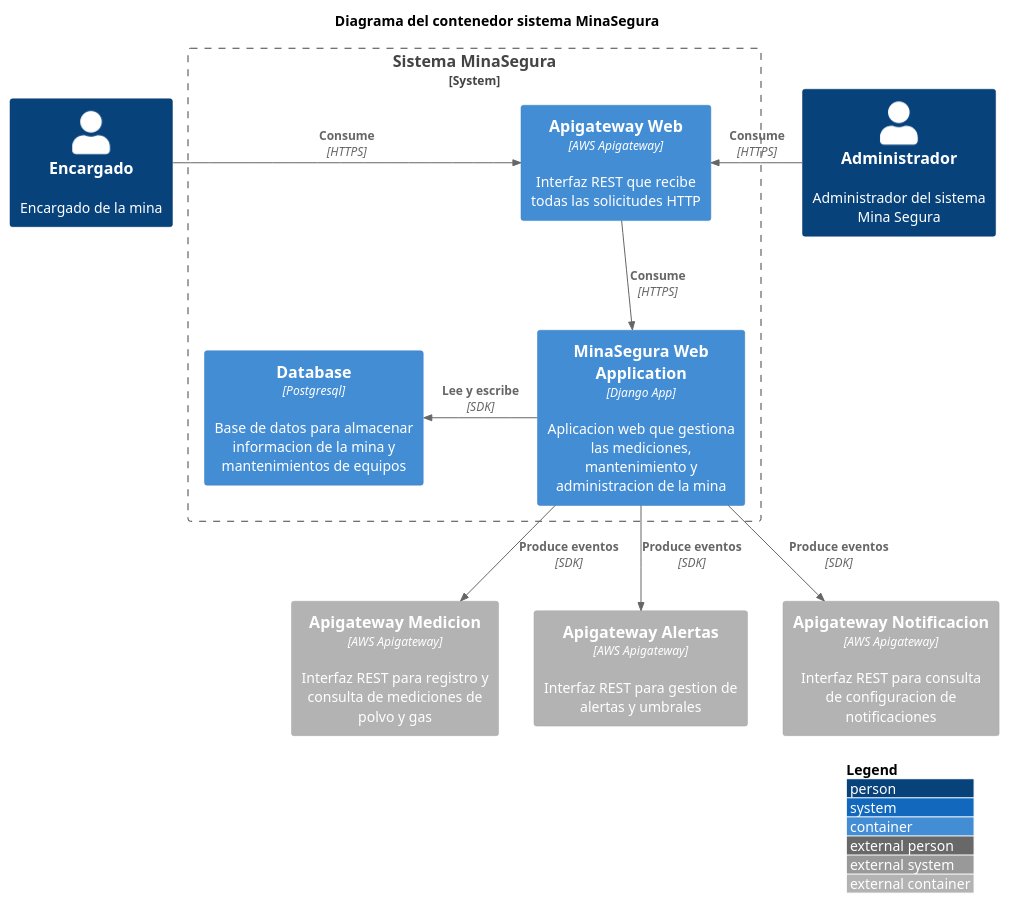
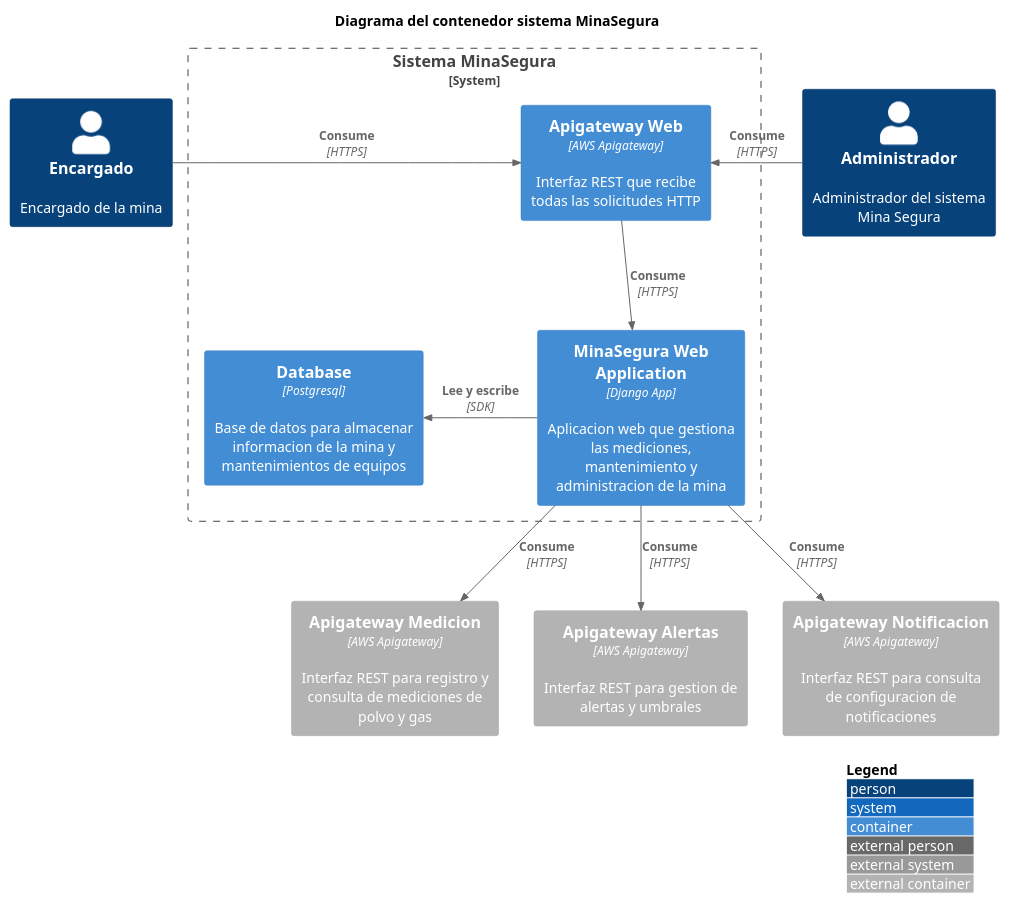
The diagram in MinaSegura/src/c4/minasegura_container_web.puml (minaseguraapp/plant_uml_tesis), drawn with PlantUML before and after one commit. The commit also changed 12 other files, not shown here.

Commit message:
added new sequence diagrams

```diff
--- a/MinaSegura/src/c4/minasegura_container_web.puml
+++ b/MinaSegura/src/c4/minasegura_container_web.puml
@@ -1,28 +1,28 @@
 @startuml minasegura_container_web
 !include <C4/C4_Container>
 
 LAYOUT_WITH_LEGEND()
 
 title Diagrama del contenedor sistema MinaSegura
 
 Person(encargado_mina, "Encargado", "Encargado de la mina")
 Person(admin, "Administrador", "Administrador del sistema Mina Segura")
 
 System_Boundary(c1, "Sistema MinaSegura") {
     Container(web_api, "Apigateway Web", "AWS Apigateway", "Interfaz REST que recibe todas las solicitudes HTTP")
     Container(web_lambda, "MinaSegura Web Application", "Django App", "Aplicacion web que gestiona las mediciones, mantenimiento y administracion de la mina")
     Container(web_db, "Database", "Postgresql", "Base de datos para almacenar informacion de la mina y mantenimientos de equipos")
 }
 Container_Ext(private_api_medicion, "Apigateway Medicion", "AWS Apigateway", "Interfaz REST para registro y consulta de mediciones de polvo y gas")
 Container_Ext(private_api_alertas, "Apigateway Alertas", "AWS Apigateway", "Interfaz REST para gestion de alertas y umbrales")
 Container_Ext(private_api_notificacion, "Apigateway Notificacion", "AWS Apigateway", "Interfaz REST para consulta de configuracion de notificaciones")
 
 Rel_R(encargado_mina, web_api, "Consume", "HTTPS")
 Rel_R(admin, web_api, "Consume", "HTTPS")
 Rel(web_api, web_lambda, "Consume", "HTTPS")
 Rel_L(web_lambda, web_db, "Lee y escribe", "SDK")
-Rel(web_lambda, private_api_medicion, "Produce eventos", "SDK")
-Rel(web_lambda, private_api_alertas, "Produce eventos", "SDK")
-Rel(web_lambda, private_api_notificacion, "Produce eventos", "SDK")
+Rel(web_lambda, private_api_medicion, "Consume", "HTTPS")
+Rel(web_lambda, private_api_alertas, "Consume", "HTTPS")
+Rel(web_lambda, private_api_notificacion, "Consume", "HTTPS")
 
 @enduml
```
